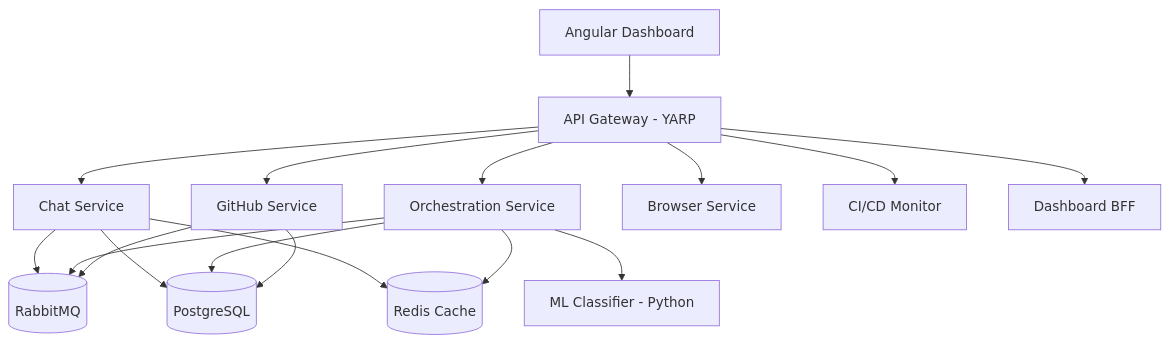
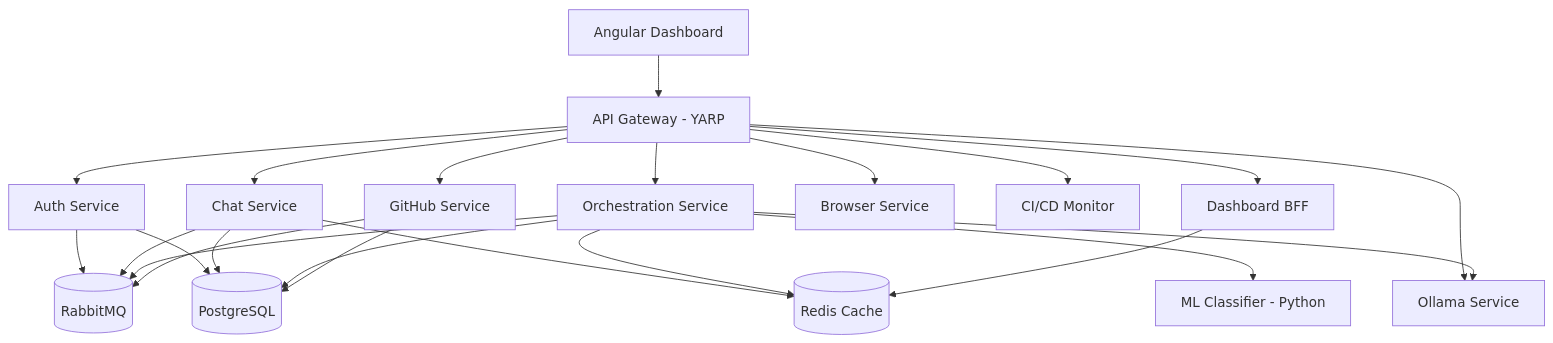
One commit to JustAGameZA/coding-agent changed the diagram in README.md. Above: the diagram before and after it, drawn with Mermaid. The commit also changed other lines of this file and 223 other files, not shown here.

````diff
--- a/README.md
+++ b/README.md
@@ -32,23 +32,29 @@
 ```mermaid
 graph TB
     Client[Angular Dashboard] --> Gateway[API Gateway - YARP]
+    Gateway --> Auth[Auth Service]
     Gateway --> Chat[Chat Service]
     Gateway --> Orch[Orchestration Service]
     Gateway --> GitHub[GitHub Service]
     Gateway --> Browser[Browser Service]
     Gateway --> CICD[CI/CD Monitor]
     Gateway --> Dashboard[Dashboard BFF]
+    Gateway --> Ollama[Ollama Service]
 
     Orch --> ML[ML Classifier - Python]
+    Orch --> Ollama
 
-    Chat --> RabbitMQ[(RabbitMQ)]
+    Auth --> RabbitMQ[(RabbitMQ)]
+    Chat --> RabbitMQ
     Orch --> RabbitMQ
     GitHub --> RabbitMQ
 
-    Chat --> Postgres[(PostgreSQL)]
+    Auth --> Postgres[(PostgreSQL)]
+    Chat --> Postgres
     Orch --> Postgres
     GitHub --> Postgres
 
     Chat --> Redis[(Redis Cache)]
     Orch --> Redis
+    Dashboard --> Redis
 ```
````
